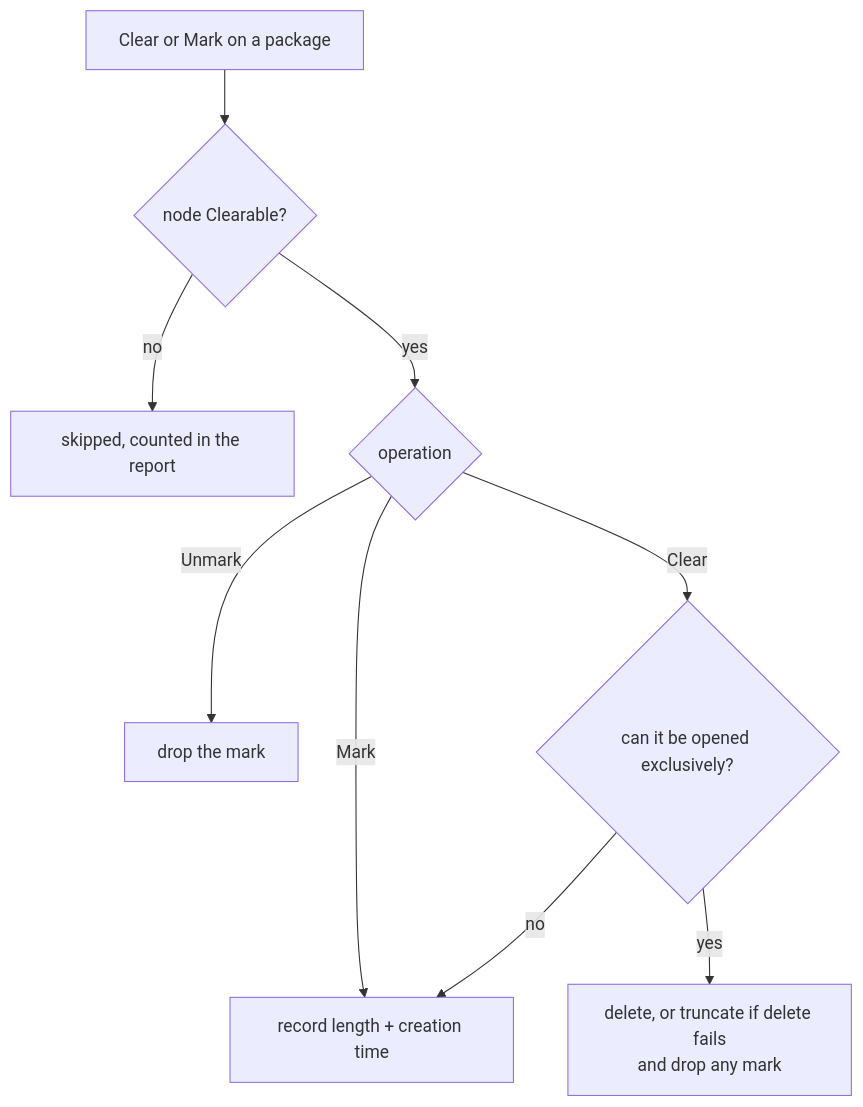
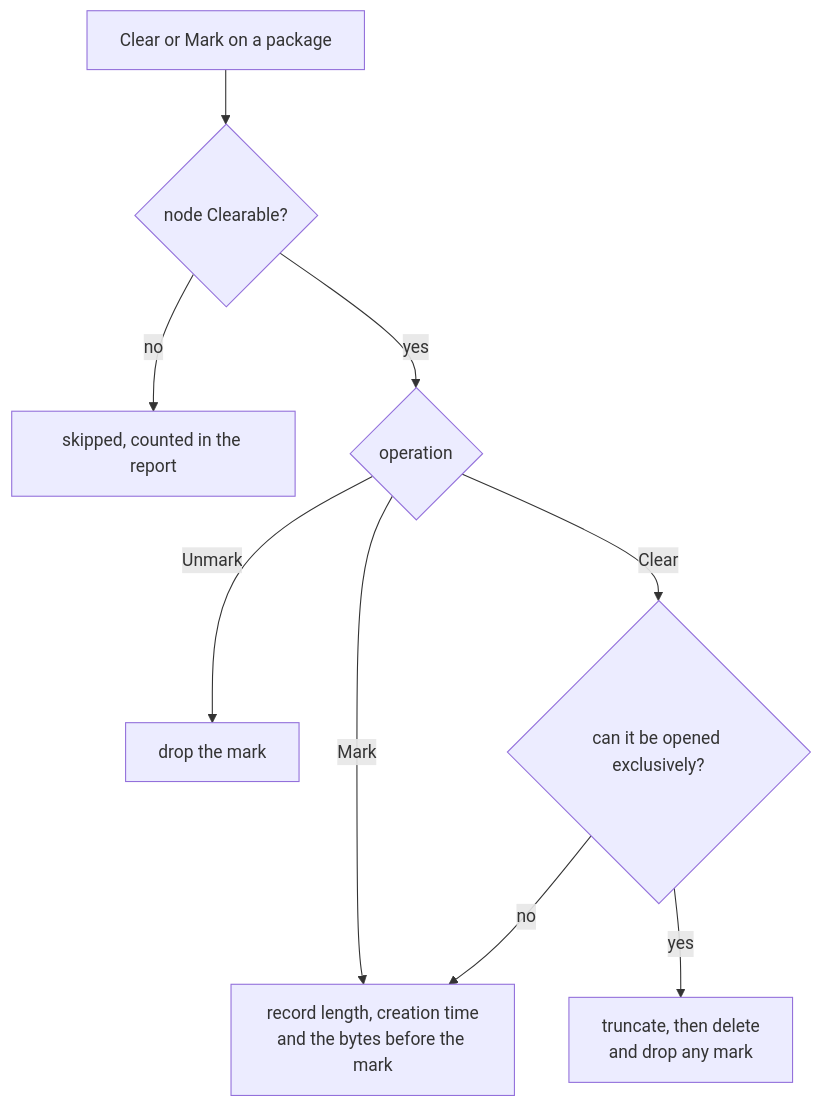
Before and after one commit to pjanec/dirigent: the diagram in docs/MarkAndClear.md, drawn with Mermaid. The commit also changed other lines of this file and 4 other files, not shown here.

````diff
--- a/docs/MarkAndClear.md
+++ b/docs/MarkAndClear.md
@@ -195,11 +196,11 @@
 ```mermaid
 flowchart TD
     A[Clear or Mark on a package] --> B{node Clearable?}
     B -- no --> S[skipped, counted in the report]
     B -- yes --> C{operation}
-    C -- Mark --> M[record length + creation time]
+    C -- Mark --> M[record length, creation time<br/>and the bytes before the mark]
     C -- Unmark --> U[drop the mark]
     C -- Clear --> D{can it be opened exclusively?}
-    D -- yes --> E[delete, or truncate if delete fails<br/>and drop any mark]
+    D -- yes --> E[truncate, then delete<br/>and drop any mark]
     D -- no --> M
 ```
````
